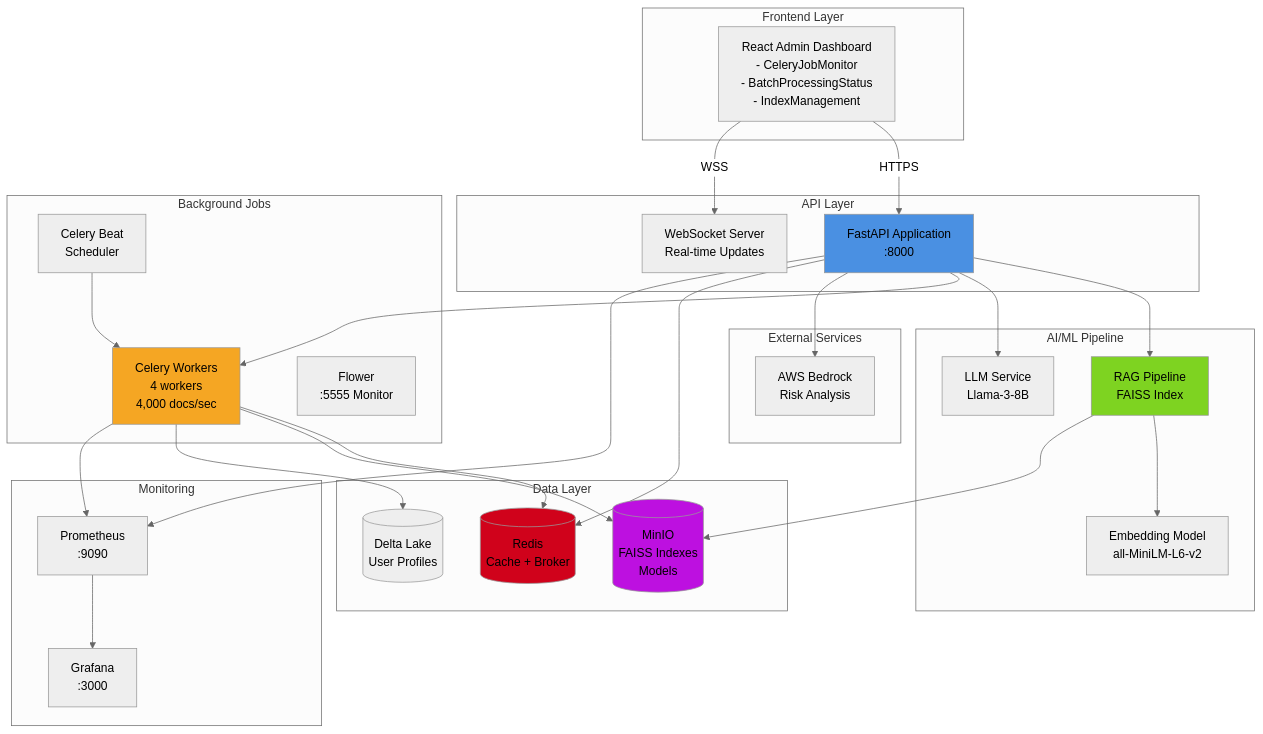
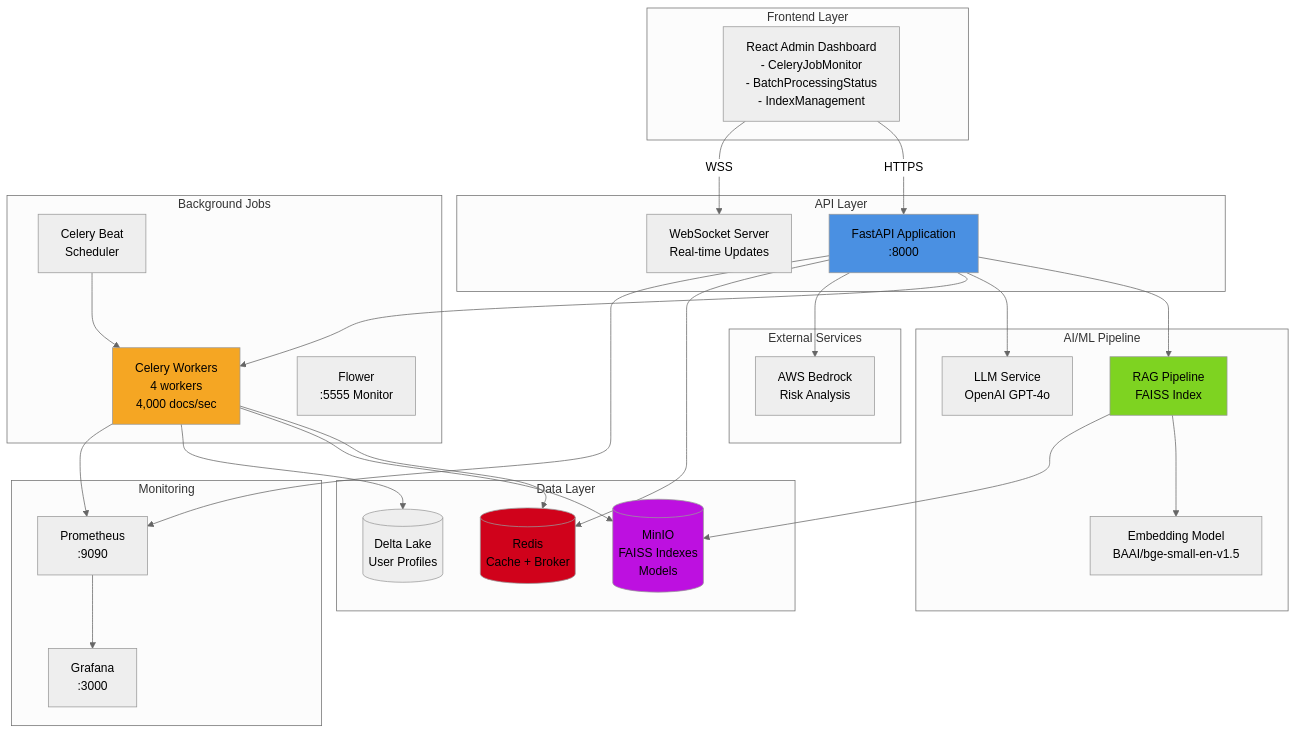
The first of 4 diagrams in docs/blueprint-templates/SUGGESTED-DIAGRAMS.md (PhoenixWild29/APFA-Prod), drawn with Mermaid (neutral theme) before and after one commit. The commit also changed 9 other files, not shown here.

````diff
--- a/docs/blueprint-templates/SUGGESTED-DIAGRAMS.md
+++ b/docs/blueprint-templates/SUGGESTED-DIAGRAMS.md
@@ -12,61 +12,61 @@
 ```mermaid
 graph TB
     subgraph "Frontend Layer"
         UI[React Admin Dashboard<br/>- CeleryJobMonitor<br/>- BatchProcessingStatus<br/>- IndexManagement]
     end
     
     subgraph "API Layer"
         API[FastAPI Application<br/>:8000]
         WS[WebSocket Server<br/>Real-time Updates]
     end
     
     subgraph "AI/ML Pipeline"
         RAG[RAG Pipeline<br/>FAISS Index]
-        LLM[LLM Service<br/>Llama-3-8B]
-        EMB[Embedding Model<br/>all-MiniLM-L6-v2]
+        LLM[LLM Service<br/>OpenAI GPT-4o]
+        EMB[Embedding Model<br/>BAAI/bge-small-en-v1.5]
     end
     
     subgraph "Background Jobs"
         CELERY[Celery Workers<br/>4 workers<br/>4,000 docs/sec]
         BEAT[Celery Beat<br/>Scheduler]
         FLOWER[Flower<br/>:5555 Monitor]
     end
     
     subgraph "Data Layer"
         REDIS[(Redis<br/>Cache + Broker)]
         MINIO[(MinIO<br/>FAISS Indexes<br/>Models)]
         DELTA[(Delta Lake<br/>User Profiles)]
     end
     
     subgraph "Monitoring"
         PROM[Prometheus<br/>:9090]
         GRAF[Grafana<br/>:3000]
     end
     
     subgraph "External Services"
         BEDROCK[AWS Bedrock<br/>Risk Analysis]
     end
     
     UI -->|HTTPS| API
     UI -->|WSS| WS
     API --> RAG
     API --> LLM
     API --> CELERY
     API --> BEDROCK
     RAG --> EMB
     RAG --> MINIO
     CELERY --> REDIS
     CELERY --> MINIO
     CELERY --> DELTA
     BEAT --> CELERY
     API --> REDIS
     API --> PROM
     CELERY --> PROM
     PROM --> GRAF
     
     style API fill:#4A90E2
     style CELERY fill:#F5A623
     style RAG fill:#7ED321
     style REDIS fill:#D0021B
     style MINIO fill:#BD10E0
 ```
````
